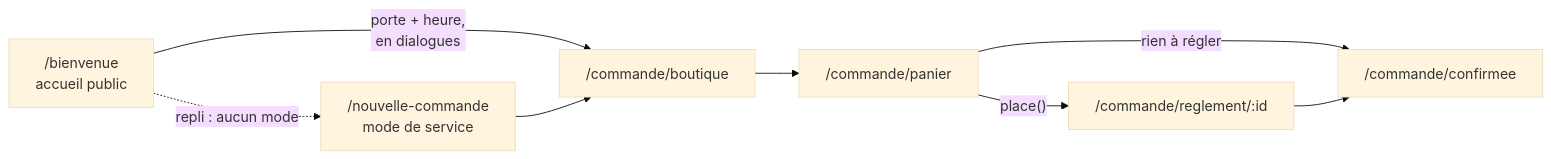
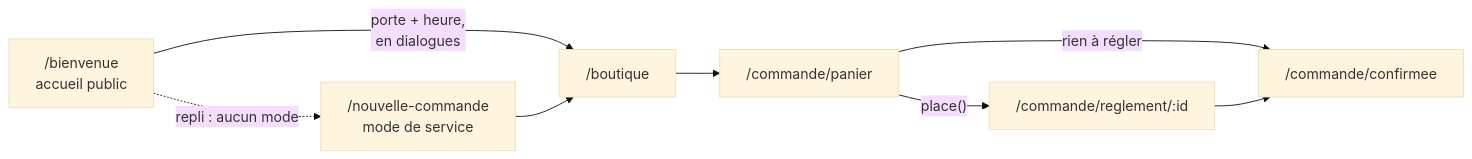
One commit to hugoheynard/lfd changed the second of 4 diagrams in documentation/order/flux-de-commande.md. Above: the diagram before and after it, drawn with Mermaid (base theme). The commit also changed other lines of this file and 14 other files, not shown here.

````diff
--- a/documentation/order/flux-de-commande.md
+++ b/documentation/order/flux-de-commande.md
@@ -82,10 +93,10 @@
 ```mermaid
 flowchart LR
-    B["/bienvenue<br/>accueil public"] -->|"porte + heure,<br/>en dialogues"| K["/commande/boutique"]
+    B["/bienvenue<br/>accueil public"] -->|"porte + heure,<br/>en dialogues"| K["/boutique"]
     B -.->|"repli : aucun mode"| S["/nouvelle-commande<br/>mode de service"]
     S --> K
     K --> PA["/commande/panier"]
     PA -->|"place()"| R["/commande/reglement/:id"]
     PA -->|"rien à régler"| CF["/commande/confirmee"]
     R --> CF
 ```
````
